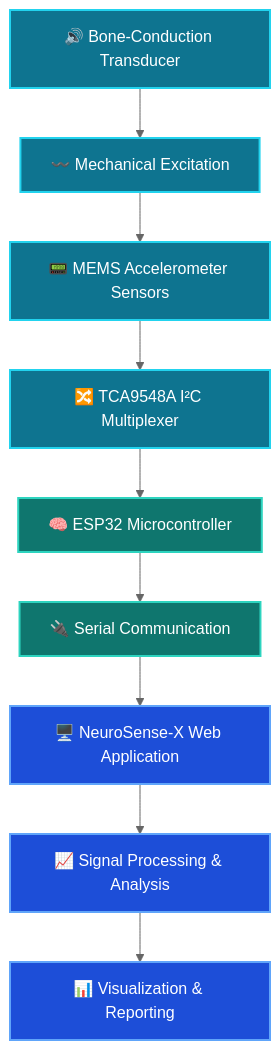
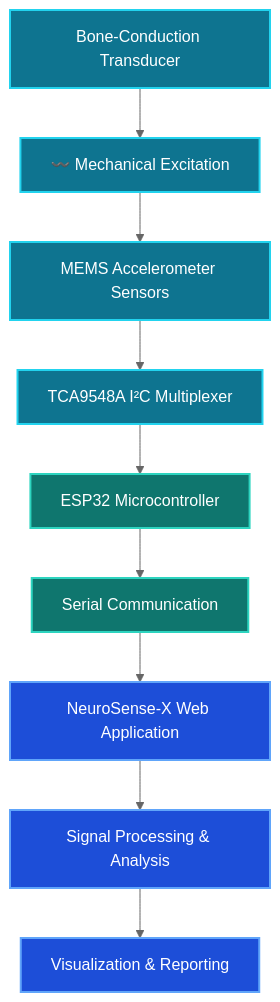
Before and after one commit to Tonyteja369/Neuro--Workstation-: the diagram in README.md, drawn with Mermaid (neutral theme). The commit also changed other lines of this file, not shown here.

````diff
--- a/README.md
+++ b/README.md
@@ -90,18 +90,18 @@
 ```mermaid
 flowchart TD
-    A["🔊 Bone-Conduction Transducer"] --> B["〰️ Mechanical Excitation"]
-    B --> C["📟 MEMS Accelerometer Sensors"]
-    C --> D["🔀 TCA9548A I²C Multiplexer"]
-    D --> E["🧠 ESP32 Microcontroller"]
-    E --> F["🔌 Serial Communication"]
-    F --> G["🖥️ NeuroSense-X Web Application"]
-    G --> H["📈 Signal Processing & Analysis"]
-    H --> I["📊 Visualization & Reporting"]
+    A[" Bone-Conduction Transducer"] --> B["〰️ Mechanical Excitation"]
+    B --> C[" MEMS Accelerometer Sensors"]
+    C --> D[" TCA9548A I²C Multiplexer"]
+    D --> E[" ESP32 Microcontroller"]
+    E --> F[" Serial Communication"]
+    F --> G[" NeuroSense-X Web Application"]
+    G --> H[" Signal Processing & Analysis"]
+    H --> I[" Visualization & Reporting"]
 
     classDef hw fill:#0E7490,stroke:#22D3EE,color:#fff,stroke-width:2px;
     classDef mcu fill:#0F766E,stroke:#2DD4BF,color:#fff,stroke-width:2px;
     classDef sw fill:#1D4ED8,stroke:#60A5FA,color:#fff,stroke-width:2px;
     class A,B,C,D hw;
     class E,F mcu;
     class G,H,I sw;
 ```
````
